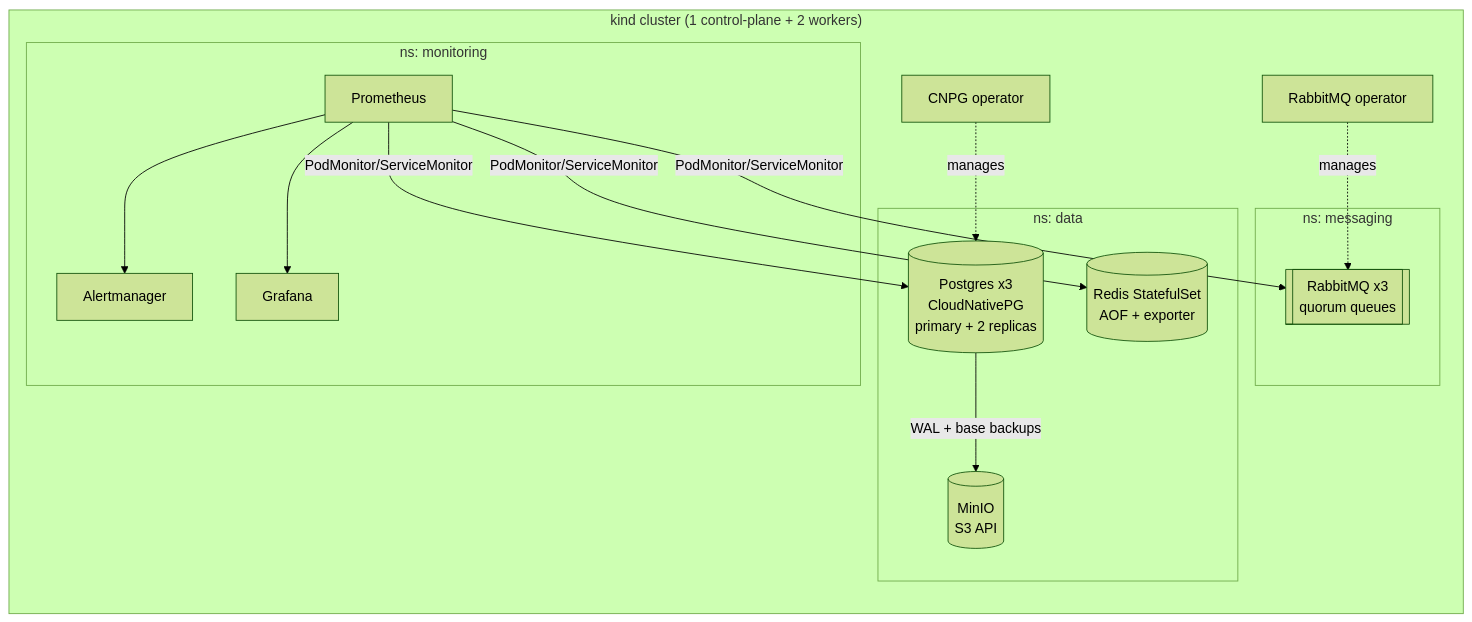
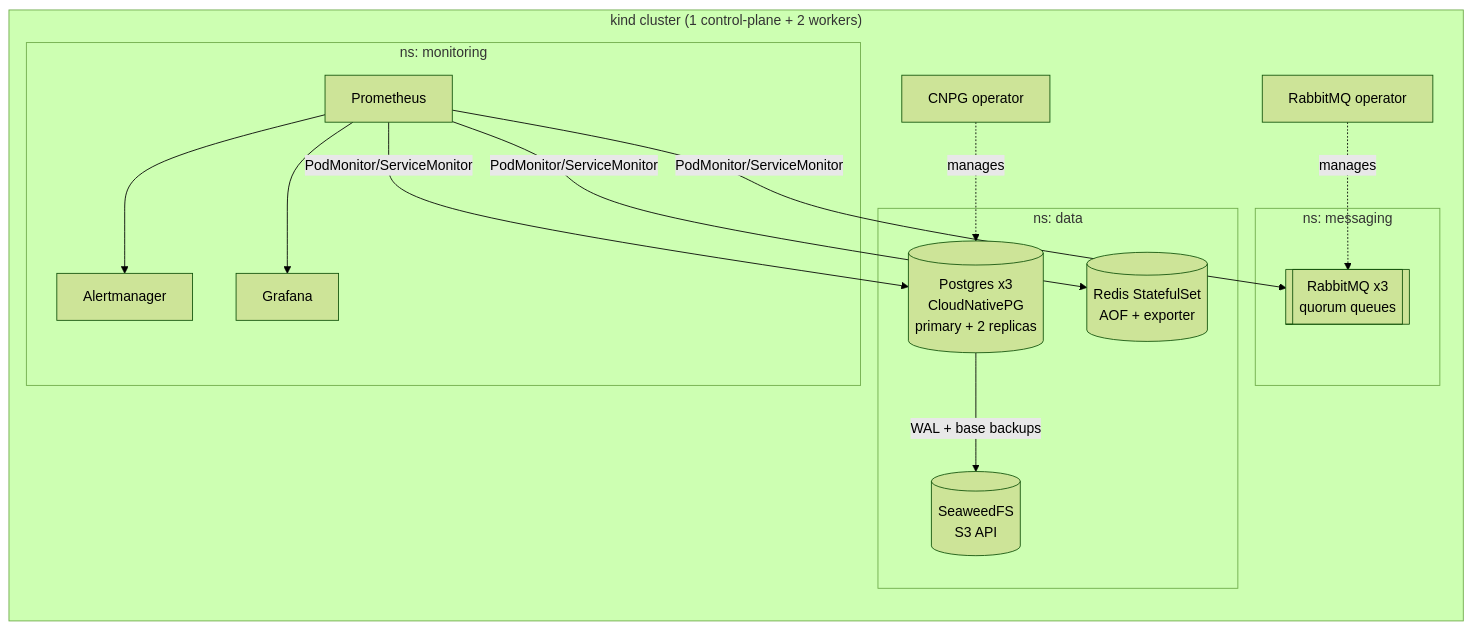
Before and after one commit to sandhilk/k8s-stateful-platform: the diagram in README.md, drawn with Mermaid (forest theme). The commit also changed other lines of this file and 7 other files, not shown here.

First line of the commit message:
Replace MinIO (images no longer published) with SeaweedFS S3

````diff
--- a/README.md
+++ b/README.md
@@ -11,21 +11,21 @@
 ```mermaid
 flowchart LR
   subgraph kind["kind cluster (1 control-plane + 2 workers)"]
     subgraph data["ns: data"]
       PG[(Postgres x3<br/>CloudNativePG<br/>primary + 2 replicas)]
       R[(Redis StatefulSet<br/>AOF + exporter)]
-      M[(MinIO<br/>S3 API)]
+      M[(SeaweedFS<br/>S3 API)]
     end
     subgraph messaging["ns: messaging"]
       MQ[[RabbitMQ x3<br/>quorum queues]]
     end
     subgraph monitoring["ns: monitoring"]
       P[Prometheus] --> A[Alertmanager]
       P --> G[Grafana]
     end
     OP1[CNPG operator] -.manages.-> PG
     OP2[RabbitMQ operator] -.manages.-> MQ
     PG -- WAL + base backups --> M
     P -- PodMonitor/ServiceMonitor --> PG & MQ & R
   end
 ```
````
